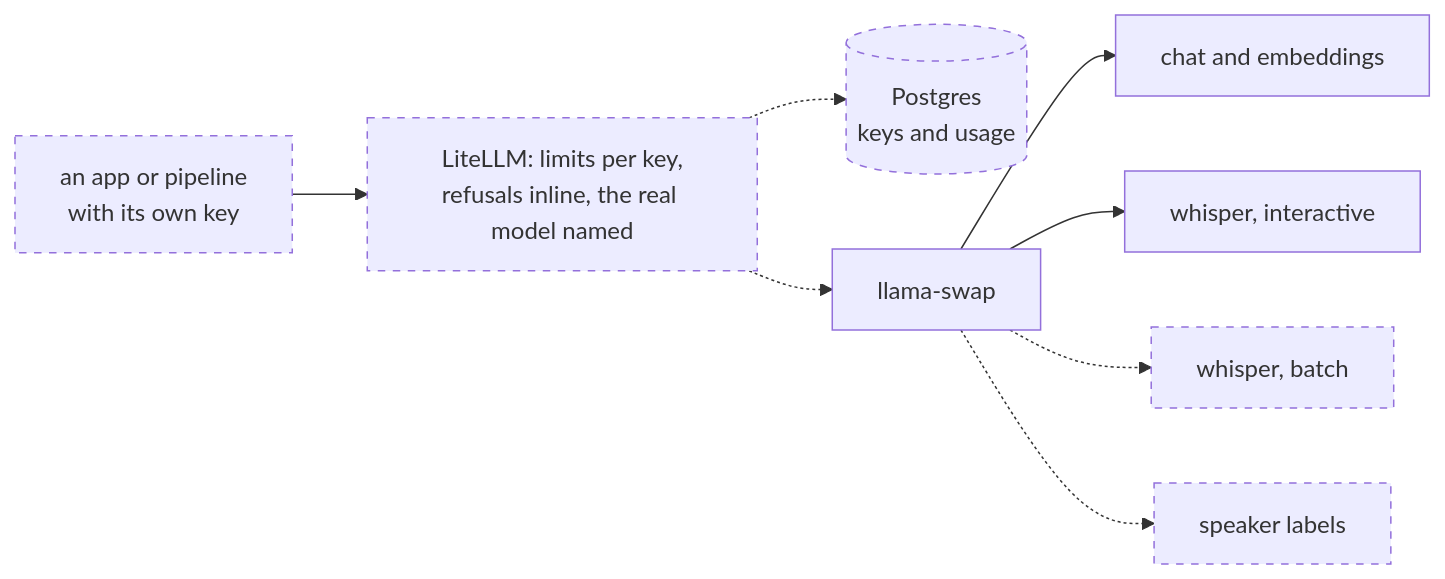
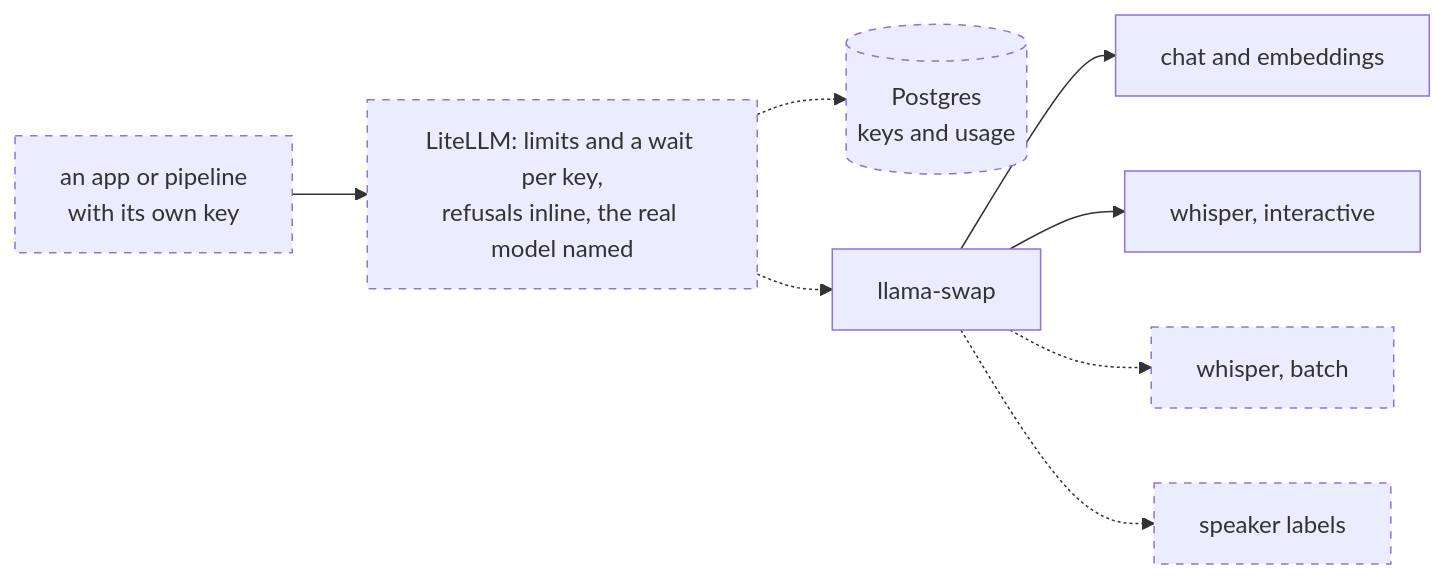
The fourth of 4 diagrams in website/architecture.qmd (chendaniely/local-ai), drawn with Mermaid before and after one commit. The commit also changed other lines of this file and 3 other files, not shown here.

First line of the commit message:
docs(plan): 🤖 diagrams live on the Architecture page, kept true first

````diff
--- a/website/architecture.qmd
+++ b/website/architecture.qmd
@@ -143,12 +145,12 @@
 ```{mermaid}
 flowchart LR
   classDef planned stroke-dasharray: 5 5
 
-  app["an app or pipeline<br/>with its own key"]:::planned --> litellm["LiteLLM: limits per key,<br/>refusals inline, the real model named"]:::planned
+  app["an app or pipeline<br/>with its own key"]:::planned --> litellm["LiteLLM: limits and a wait per key,<br/>refusals inline, the real model named"]:::planned
   litellm -.-> pg[("Postgres<br/>keys and usage")]:::planned
   litellm -.-> swap["llama-swap"]
   swap --> chat["chat and embeddings"]
   swap --> stt["whisper, interactive"]
   swap -.-> batch["whisper, batch"]:::planned
   swap -.-> diar["speaker labels"]:::planned
 ```
````
